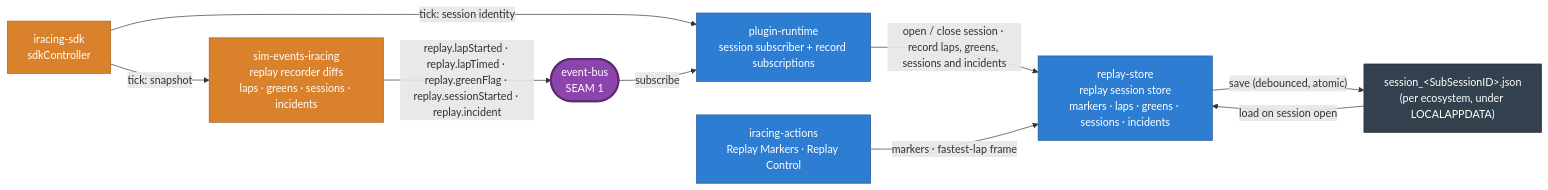
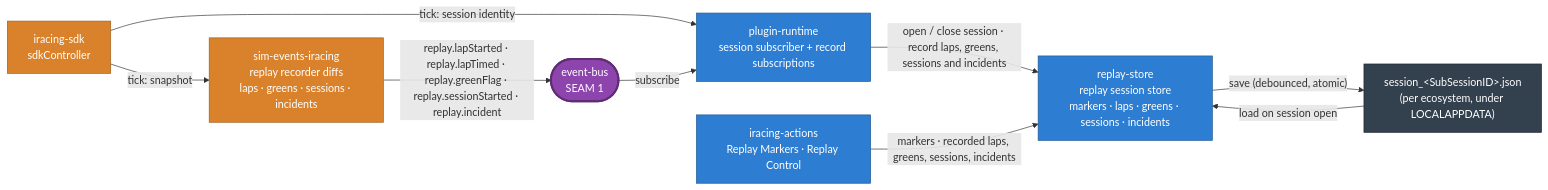
One commit to niklam/iracedeck changed the fifth of 8 diagrams in packages/website/src/content/docs/docs/development/architecture.md. Above: the diagram before and after it, drawn with Mermaid. The commit also changed other lines of this file, not shown here.

Commit message:
docs: the Architecture page names every Replay Control reader of the store (#1426)

````diff
--- a/packages/website/src/content/docs/docs/development/architecture.md
+++ b/packages/website/src/content/docs/docs/development/architecture.md
@@ -209,24 +209,24 @@
 ```mermaid
 flowchart LR
   sdk["iracing-sdk<br/>sdkController"]:::sim
   trans["sim-events-iracing<br/>replay recorder diffs<br/>laps · greens · sessions · incidents"]:::sim
   bus(["event-bus<br/>SEAM 1"]):::seam
   plugin["plugin-runtime<br/>session subscriber + record subscriptions"]:::core
   store["replay-store<br/>replay session store<br/>markers · laps · greens · sessions · incidents"]:::core
   file["session_&lt;SubSessionID&gt;.json<br/>(per ecosystem, under LOCALAPPDATA)"]:::ext
   actions["iracing-actions<br/>Replay Markers · Replay Control"]:::core
 
   sdk -->|"tick: session identity"| plugin
   sdk -->|"tick: snapshot"| trans
   trans -->|"replay.lapStarted · replay.lapTimed · replay.greenFlag · replay.sessionStarted · replay.incident"| bus
   bus -->|"subscribe"| plugin
   plugin -->|"open / close session · record laps, greens, sessions and incidents"| store
   store -->|"save (debounced, atomic)"| file
   file -->|"load on session open"| store
-  actions -->|"markers · fastest-lap frame"| store
+  actions -->|"markers · recorded laps, greens, sessions, incidents"| store
 
   classDef ext fill:#33404d,color:#fff,stroke:#1d262e;
   classDef sim fill:#d9822b,color:#fff,stroke:#9c5e1f;
   classDef seam fill:#8e44ad,color:#fff,stroke:#5e2d73,stroke-width:3px;
   classDef core fill:#2d7dd2,color:#fff,stroke:#1f5793;
 ```
````
